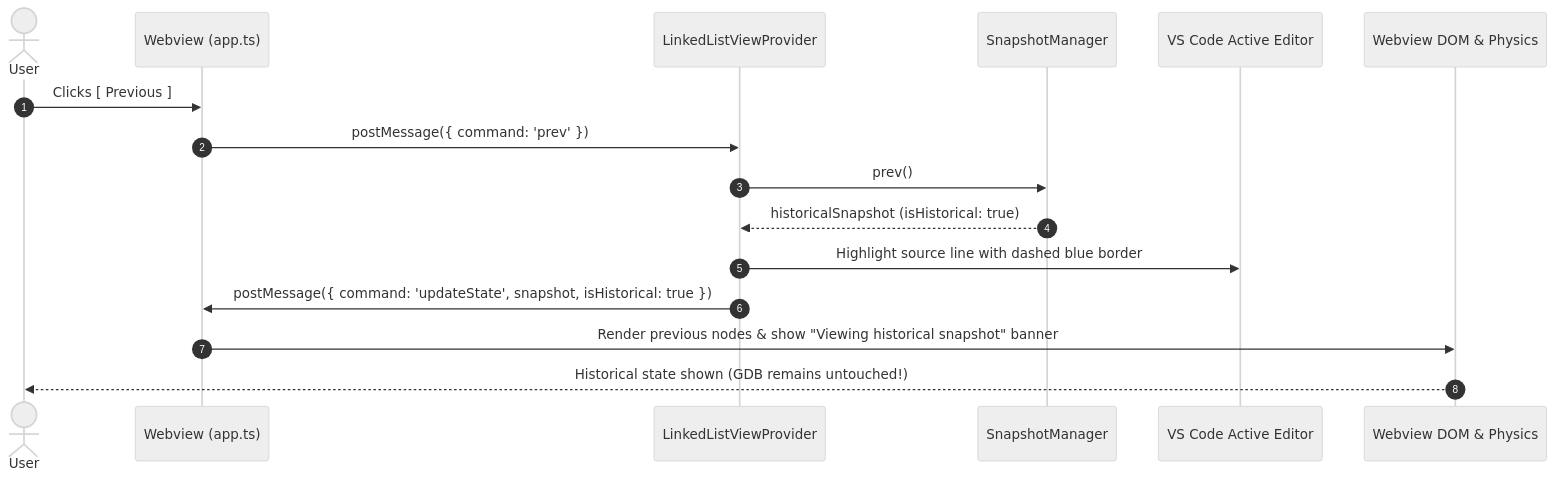
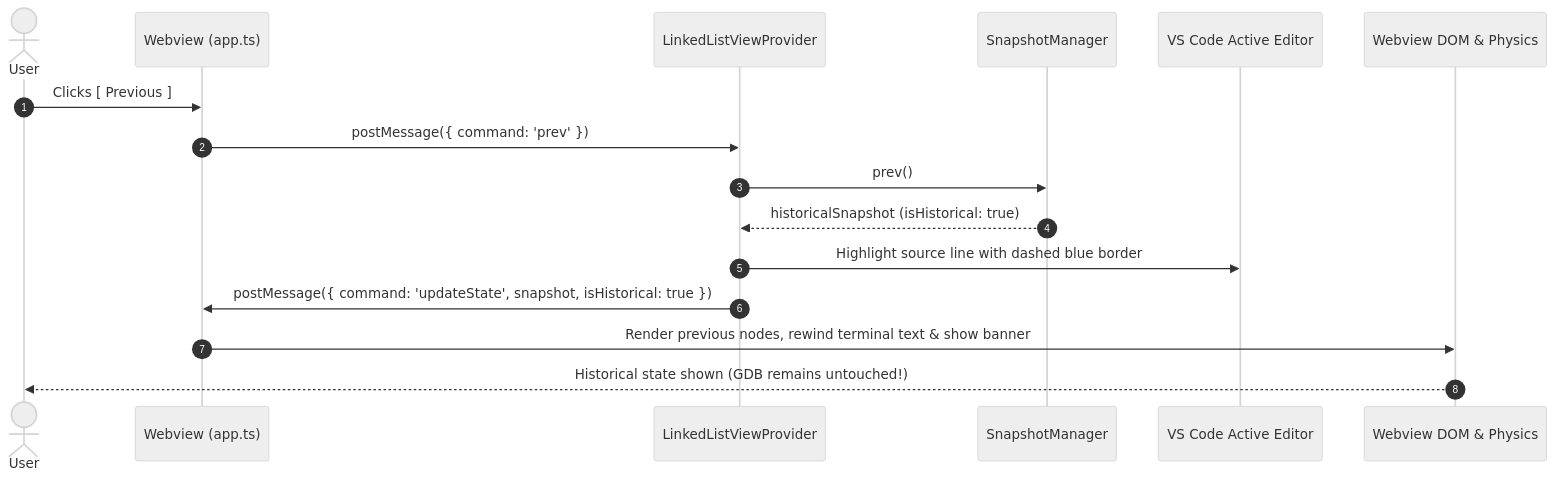
One commit to KingSahil/Simide changed the fifth of 5 diagrams in docs/data-flow.md. Above: the diagram before and after it, drawn with Mermaid (neutral theme). The commit also changed other lines of this file and 35 other files, not shown here.

````diff
--- a/docs/data-flow.md
+++ b/docs/data-flow.md
@@ -150,20 +165,20 @@
 ```mermaid
 sequenceDiagram
     autonumber
     actor User
     participant Webview as Webview (app.ts)
     participant Provider as LinkedListViewProvider
     participant Snapshots as SnapshotManager
     participant Editor as VS Code Active Editor
     participant WebviewApp as Webview DOM & Physics
 
     User->>Webview: Clicks [ Previous ]
     Webview->>Provider: postMessage({ command: 'prev' })
     Provider->>Snapshots: prev()
     Snapshots-->>Provider: historicalSnapshot (isHistorical: true)
 
     Provider->>Editor: Highlight source line with dashed blue border
     Provider->>Webview: postMessage({ command: 'updateState', snapshot, isHistorical: true })
-    Webview->>WebviewApp: Render previous nodes & show "Viewing historical snapshot" banner
+    Webview->>WebviewApp: Render previous nodes, rewind terminal text & show banner
     WebviewApp-->>User: Historical state shown (GDB remains untouched!)
 ```
````
